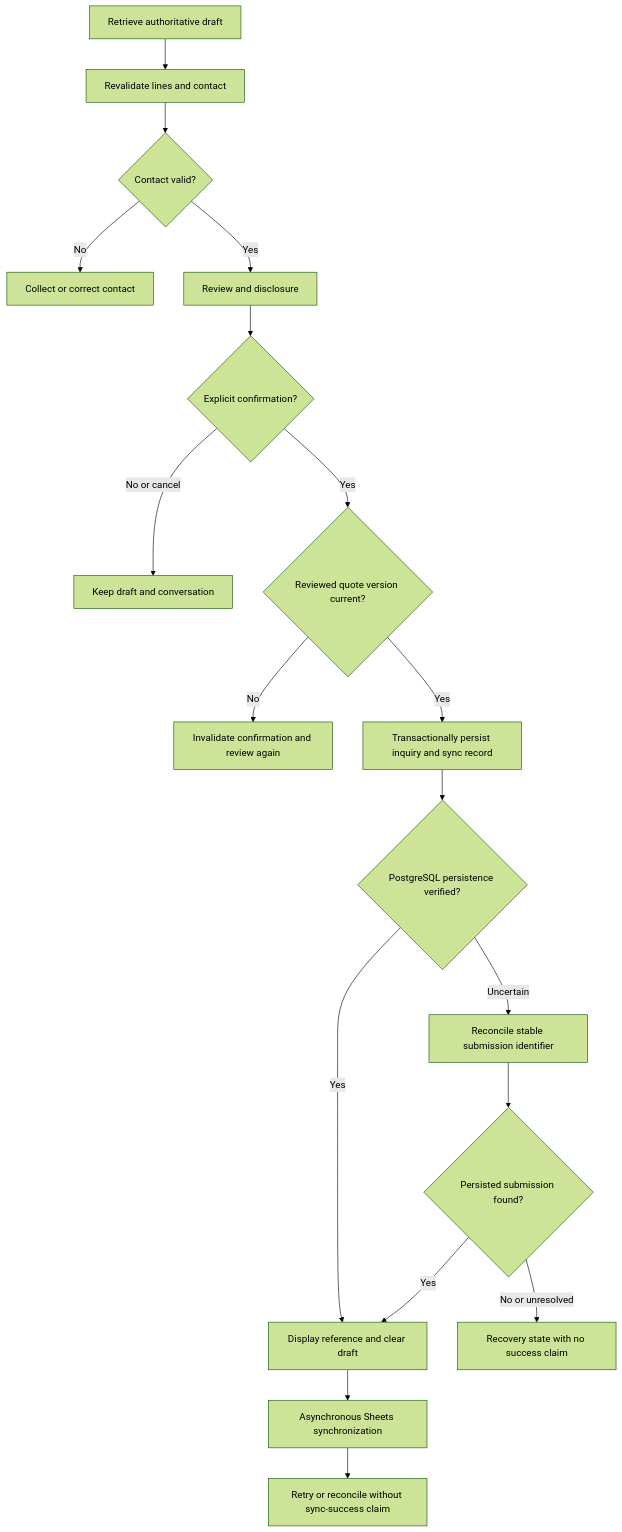
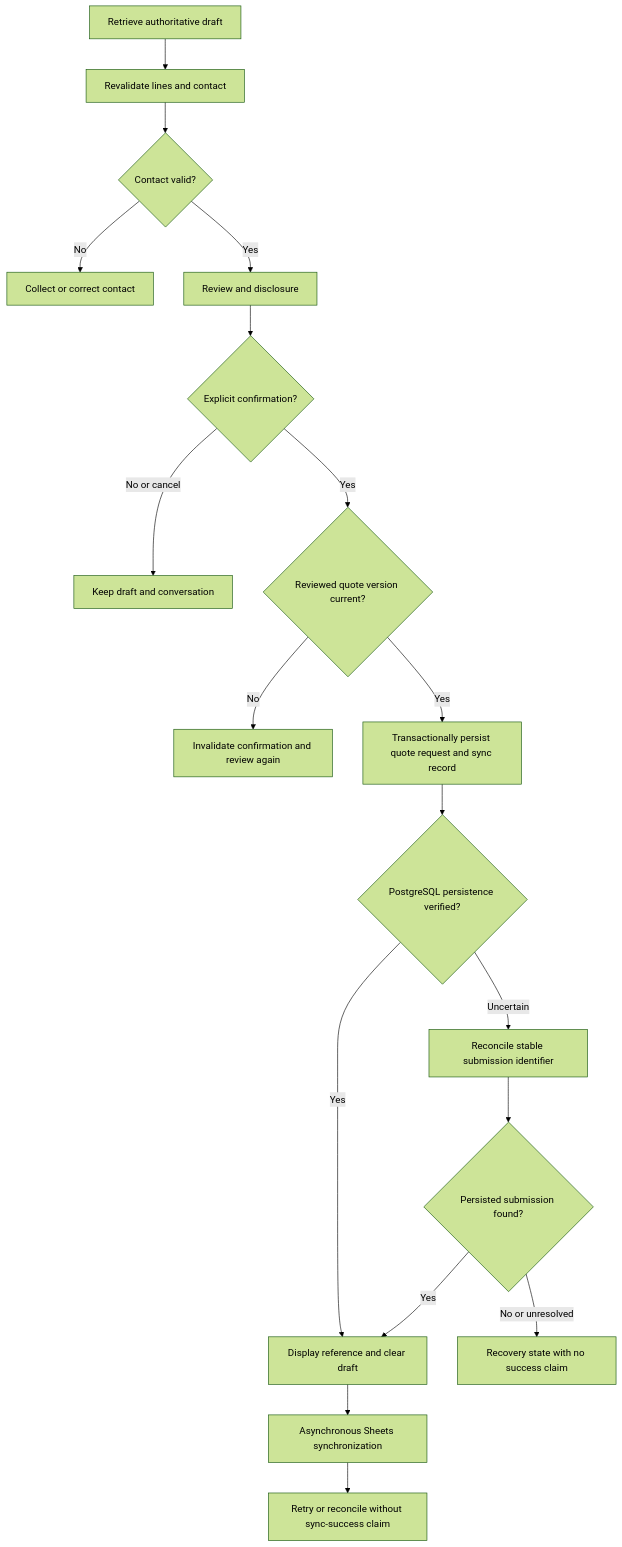
The third of 5 diagrams in docs/02-conversation-flows.md (Lopez4163/medical_supply_ai_assistant-), drawn with Mermaid (forest theme) before and after one commit. The commit also changed other lines of this file and 50 other files, not shown here.

````diff
--- a/docs/02-conversation-flows.md
+++ b/docs/02-conversation-flows.md
@@ -197,20 +197,20 @@
 ```mermaid
 flowchart TD
     A[Retrieve authoritative draft] --> B[Revalidate lines and contact]
     B --> C{Contact valid?}
     C -->|No| D[Collect or correct contact]
     C -->|Yes| E[Review and disclosure]
     E --> F{Explicit confirmation?}
     F -->|No or cancel| G[Keep draft and conversation]
     F -->|Yes| H{Reviewed quote version current?}
     H -->|No| I[Invalidate confirmation and review again]
-    H -->|Yes| J[Transactionally persist inquiry and sync record]
+    H -->|Yes| J[Transactionally persist quote request and sync record]
     J --> K{PostgreSQL persistence verified?}
     K -->|Yes| L[Display reference and clear draft]
     K -->|Uncertain| M[Reconcile stable submission identifier]
     M --> N{Persisted submission found?}
     N -->|Yes| L
     N -->|No or unresolved| O[Recovery state with no success claim]
     L --> P[Asynchronous Sheets synchronization]
     P --> Q[Retry or reconcile without sync-success claim]
 ```
````
